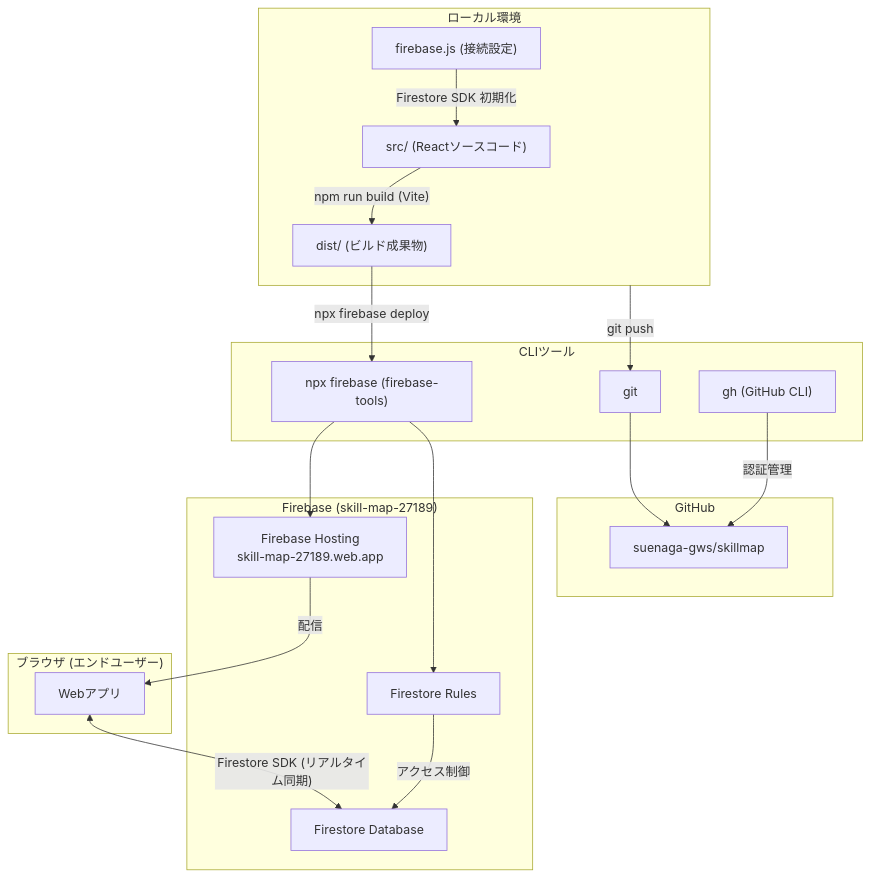
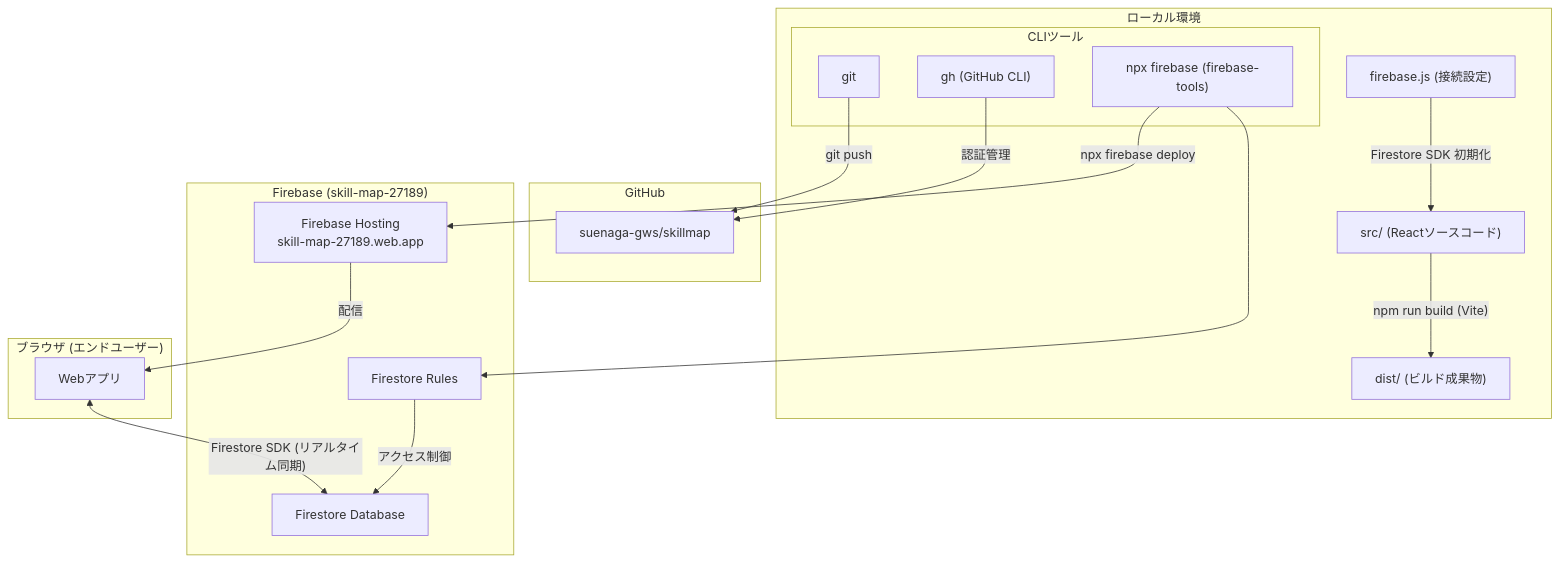
One commit to nishidaseibaku/skillmap changed the first of 2 diagrams in README.md. Above: the diagram before and after it, drawn with Mermaid. The commit also changed other lines of this file, not shown here.

Commit message:
docs: move CLI tools inside local environment block in architecture diagram

````diff
--- a/README.md
+++ b/README.md
@@ -28,43 +28,41 @@
 ```mermaid
 graph TB
     subgraph LOCAL["ローカル環境"]
         SRC["src/ (Reactソースコード)"]
         DIST["dist/ (ビルド成果物)"]
         FBJS["firebase.js (接続設定)"]
 
         SRC -->|"npm run build (Vite)"| DIST
         FBJS -->|"Firestore SDK 初期化"| SRC
-    end
 
-    subgraph TOOLS["CLIツール"]
-        GIT["git"]
-        GH["gh (GitHub CLI)"]
-        FB["npx firebase (firebase-tools)"]
+        subgraph TOOLS["CLIツール"]
+            GIT["git"]
+            GH["gh (GitHub CLI)"]
+            FB["npx firebase (firebase-tools)"]
+        end
     end
 
     subgraph GITHUB["GitHub"]
         REPO["suenaga-gws/skillmap"]
     end
 
     subgraph FIREBASE["Firebase (skill-map-27189)"]
         HOSTING["Firebase Hosting\nskill-map-27189.web.app"]
         FS["Firestore Database"]
         FBRULES["Firestore Rules"]
     end
 
     subgraph BROWSER["ブラウザ (エンドユーザー)"]
         APP["Webアプリ"]
     end
 
-    LOCAL -->|"git push"| GIT
-    GIT --> REPO
+    GIT -->|"git push"| REPO
     GH -->|"認証管理"| REPO
 
-    DIST -->|"npx firebase deploy"| FB
-    FB --> HOSTING
+    FB -->|"npx firebase deploy"| HOSTING
     FB --> FBRULES
 
     HOSTING -->|"配信"| APP
     APP <-->|"Firestore SDK (リアルタイム同期)"| FS
     FBRULES -->|"アクセス制御"| FS
 ```
````
